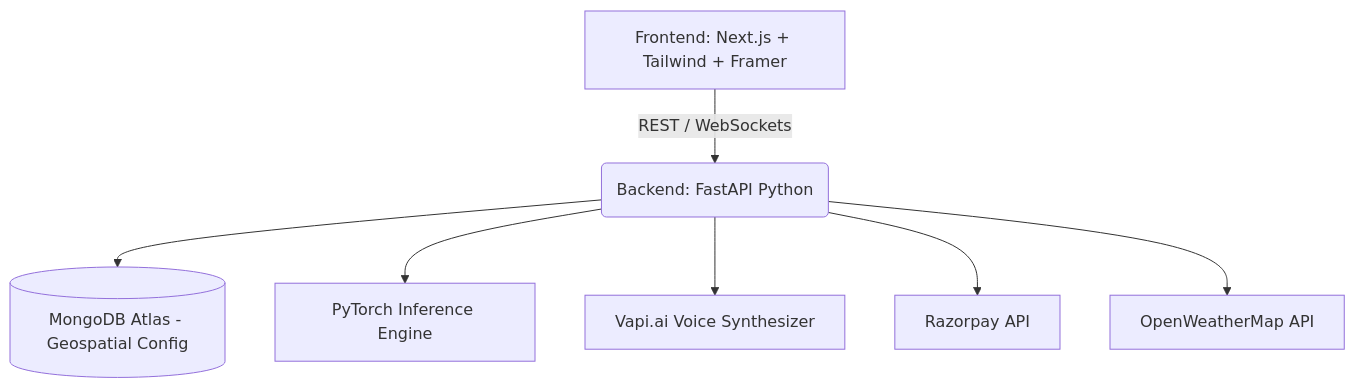
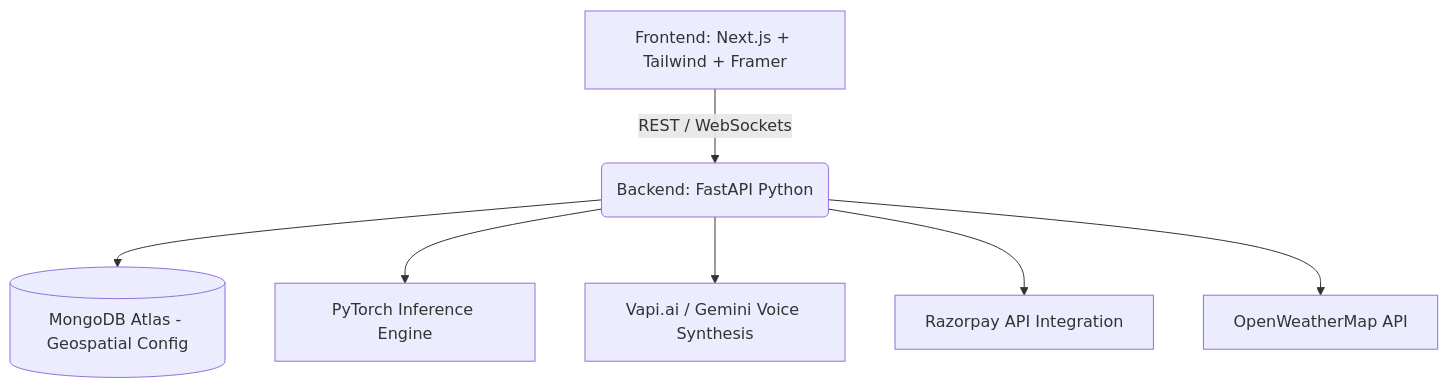
Before and after one commit to Ayush-0918/AI-PLANT-DOCTOR-S-: the diagram in README.md, drawn with Mermaid. The commit also changed other lines of this file and 3 other files, not shown here.

````diff
--- a/README.md
+++ b/README.md
@@ -81,9 +79,9 @@
 ```mermaid
 graph TD
     A[Frontend: Next.js + Tailwind + Framer] -->|REST / WebSockets| B(Backend: FastAPI Python)
     B --> C[(MongoDB Atlas - Geospatial Config)]
     B --> D[PyTorch Inference Engine]
-    B --> E[Vapi.ai Voice Synthesizer]
-    B --> F[Razorpay API]
+    B --> E[Vapi.ai / Gemini Voice Synthesis]
+    B --> F[Razorpay API Integration]
     B --> G[OpenWeatherMap API]
 ```
````
